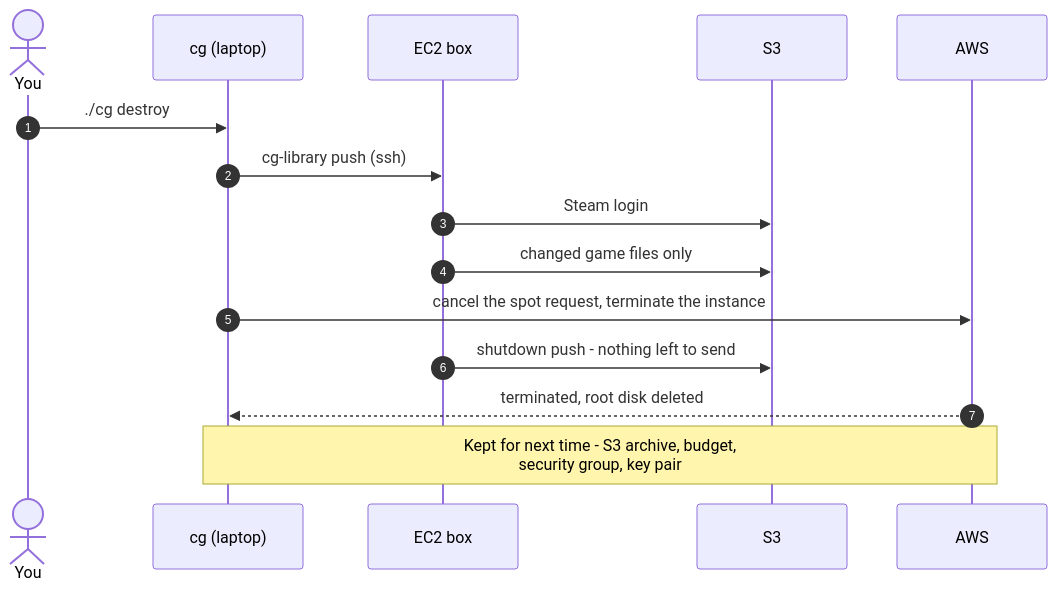
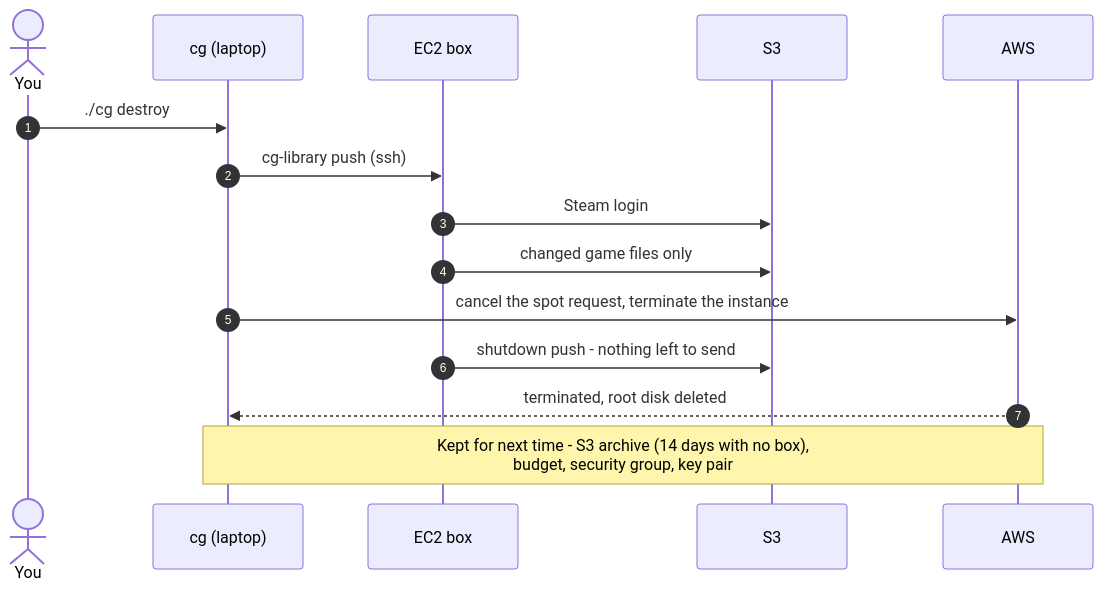
Before and after one commit to jebin2/aws_cloud_gaming: the sixth of 8 diagrams in docs/architecture.md, drawn with Mermaid. The commit also changed other lines of this file, not shown here.

First line of the commit message:
Draw archive expiry in the architecture doc

````diff
--- a/docs/architecture.md
+++ b/docs/architecture.md
@@ -151,18 +152,18 @@
 ```mermaid
 sequenceDiagram
   autonumber
   actor You
   participant cg as cg (laptop)
   participant EC2 as EC2 box
   participant S3
   participant AWS
 
   You->>cg: ./cg destroy
   cg->>EC2: cg-library push (ssh)
   EC2->>S3: Steam login
   EC2->>S3: changed game files only
   cg->>AWS: cancel the spot request, terminate the instance
   EC2->>S3: shutdown push - nothing left to send
   AWS-->>cg: terminated, root disk deleted
-  Note over cg,AWS: Kept for next time - S3 archive, budget,<br/>security group, key pair
+  Note over cg,AWS: Kept for next time - S3 archive (14 days with no box),<br/>budget, security group, key pair
 ```
````
